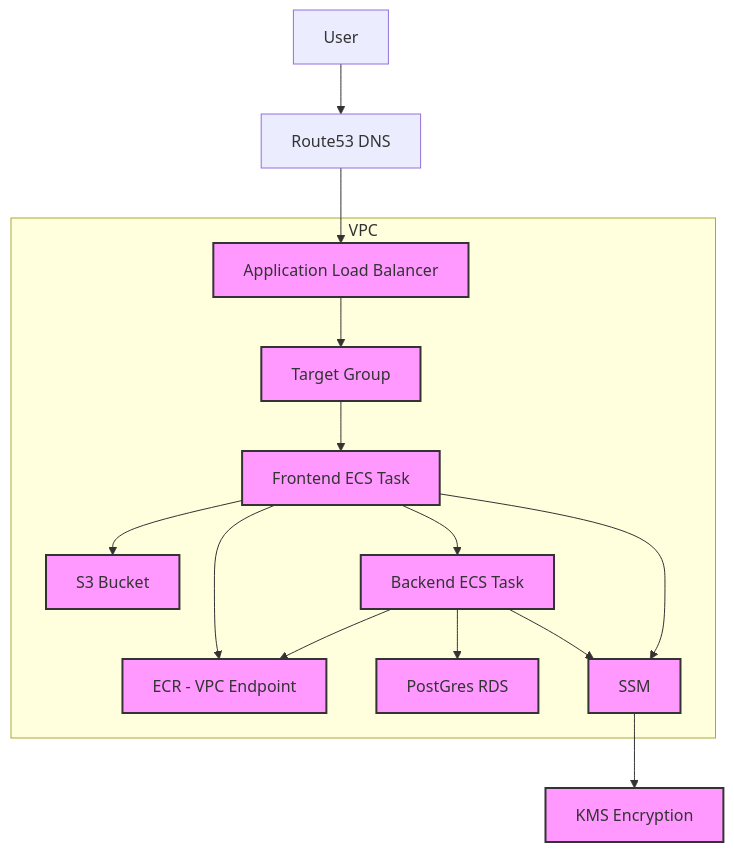
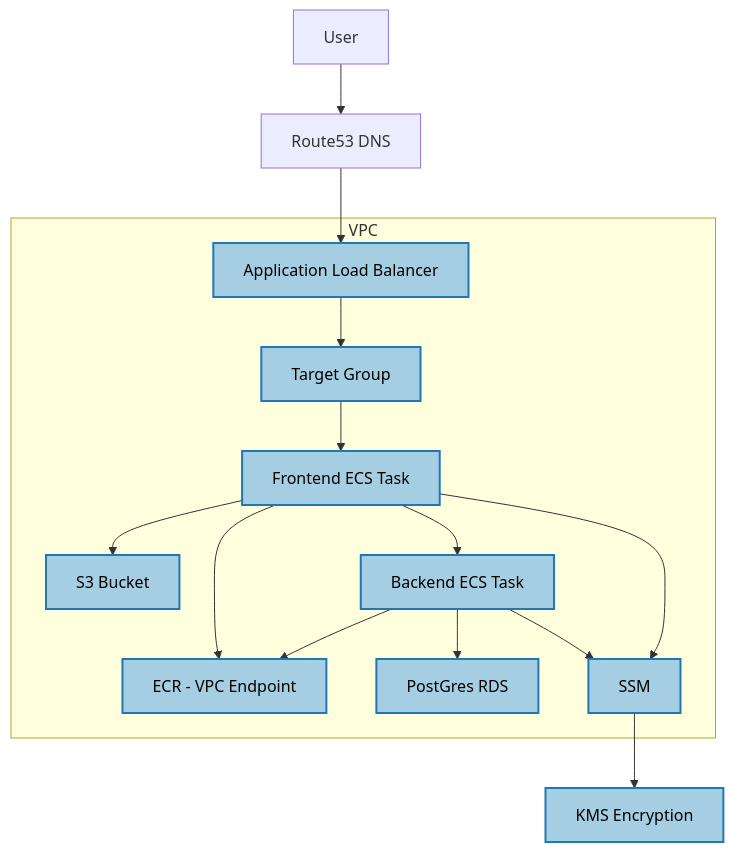
Before and after one commit to ldraney/shopease: the diagram in README.md, drawn with Mermaid.

````diff
--- a/README.md
+++ b/README.md
@@ -5,30 +5,31 @@
 ```mermaid
 flowchart TD
     User[User] --> Route53[Route53 DNS]
     Route53 --> ALB[Application Load Balancer]
     ALB --> TargetGroup[Target Group]
     TargetGroup --> FE[Frontend ECS Task]
     FE --> S3[S3 Bucket]
     FE --> BE[Backend ECS Task]
     BE --> ECR[ECR - VPC Endpoint]
     FE --> ECR
     BE --> RDS[PostGres RDS]
     
     FE --> SSM[SSM]
     BE --> SSM
     SSM --> KMS[KMS Encryption]
 
     subgraph VPC
         ALB
         TargetGroup
         FE
         BE
         RDS
         S3
         ECR
         SSM
     end
 
     class ALB,TargetGroup,FE,BE,RDS,S3,ECR,SSM,KMS security;
-    classDef security fill:#f9f,stroke:#333,stroke-width:2px;
+    classDef security fill:#a6cee3,stroke:#1f78b4,stroke-width:2px,color:#000;
+
 ```
````
